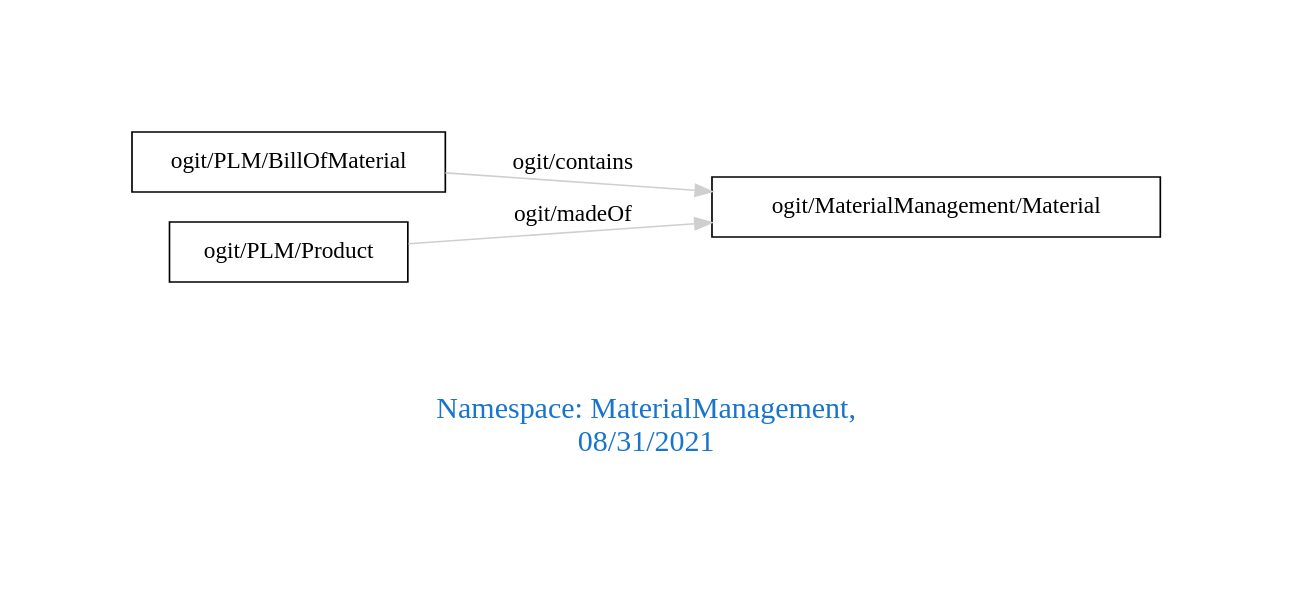
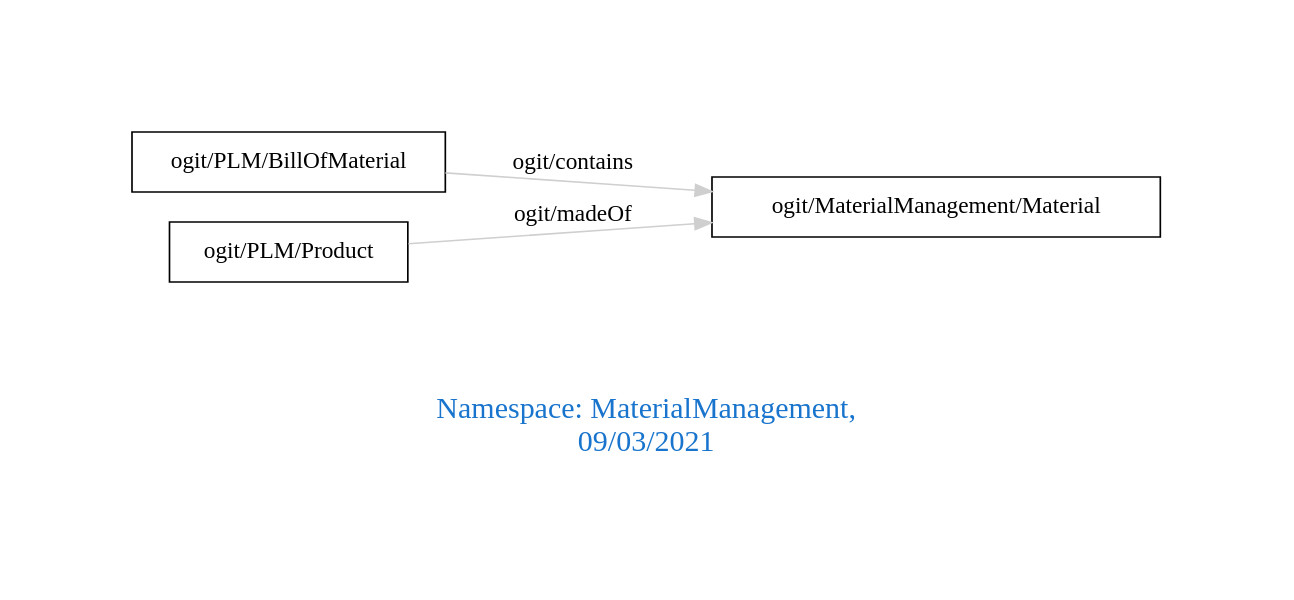
The diagram in downloads/MaterialManagement.dot (arago/OGIT), drawn with Graphviz before and after one commit. The commit also changed 1894 other files, not shown here.

```diff
--- a/downloads/MaterialManagement.dot
+++ b/downloads/MaterialManagement.dot
@@ -1,10 +1,10 @@
 digraph OGIT_ontology {
  graph [ rankdir= LR,pad=1 
 fontsize = 18,
-fontcolor= dodgerblue3,label = "\n\n\nNamespace: MaterialManagement, \n 08/31/2021"];
+fontcolor= dodgerblue3,label = "\n\n\nNamespace: MaterialManagement, \n 09/03/2021"];
 node[shape=polygon];
 edge [  color="gray81"];
 
    "ogit/PLM/BillOfMaterial" -> "ogit/MaterialManagement/Material" [label="   ogit/contains    "];
    "ogit/PLM/Product" -> "ogit/MaterialManagement/Material" [label="   ogit/madeOf    "];
 }
```
